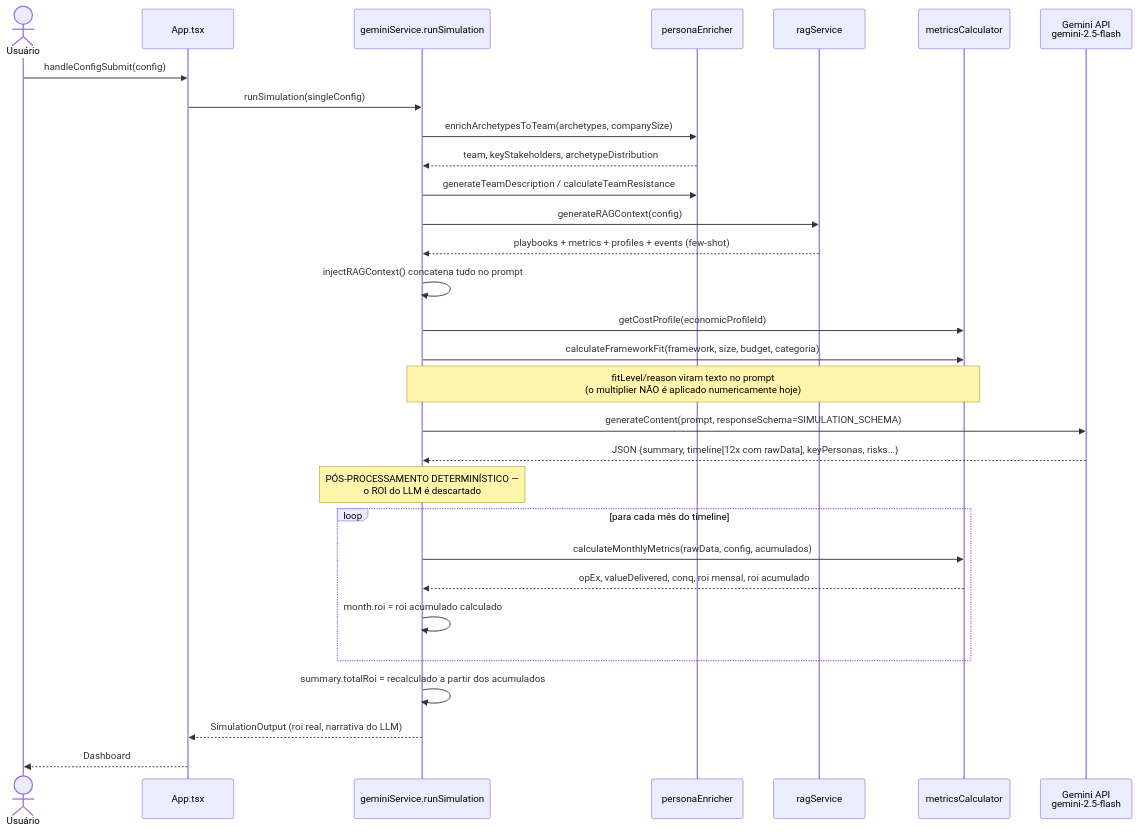
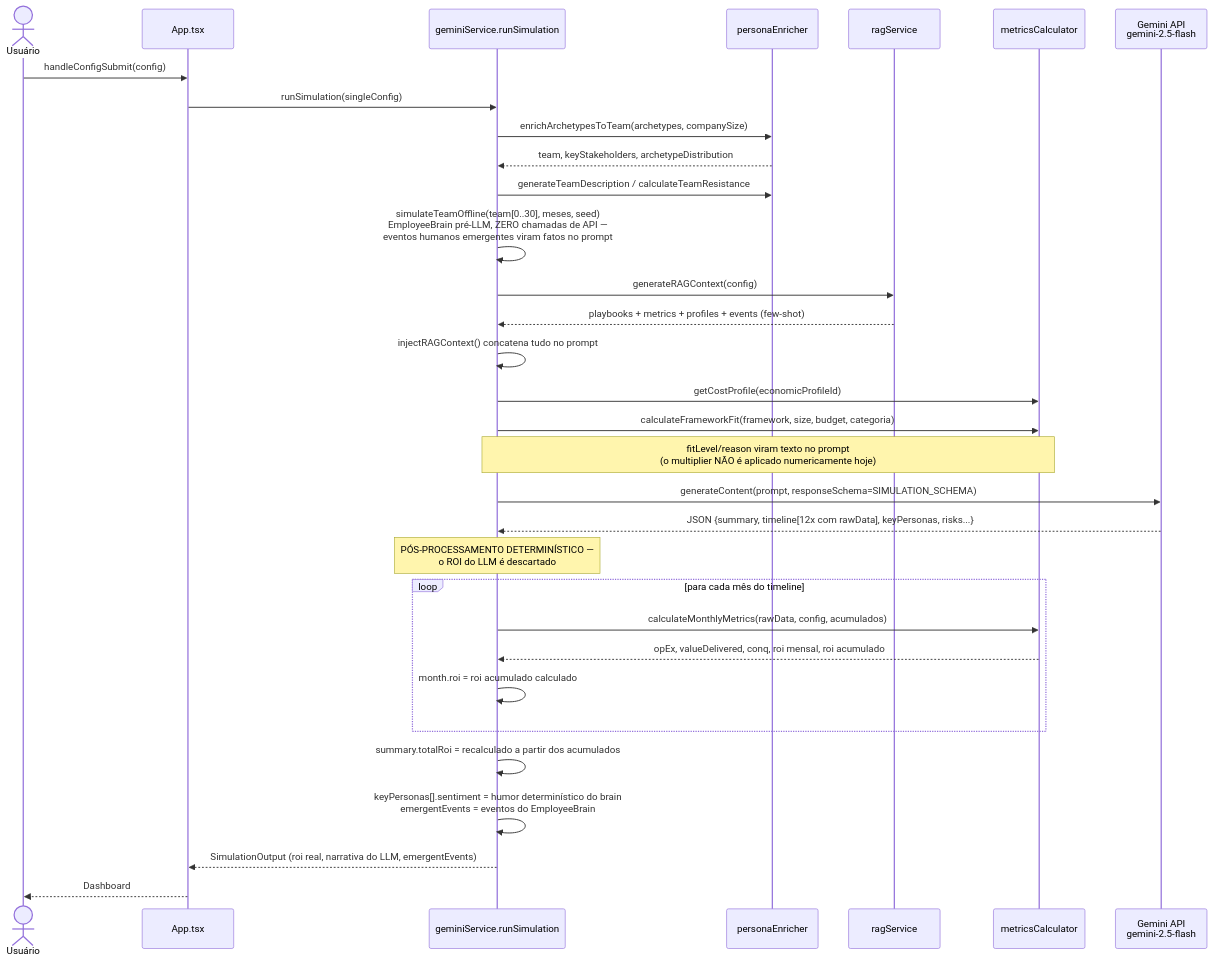
One commit to andrecodexvictor/Frame-sim changed the second of 8 diagrams in ARCHITECTURE.md. Above: the diagram before and after it, drawn with Mermaid. The commit also changed other lines of this file and 5 other files, not shown here.

First line of the commit message:
docs: reflect implemented EmployeeBrain v8 across all documentation

````diff
--- a/ARCHITECTURE.md
+++ b/ARCHITECTURE.md
@@ -72,40 +74,43 @@
 ```mermaid
 sequenceDiagram
     actor Usuário
     participant App as App.tsx
     participant Gemini as geminiService.runSimulation
     participant Enricher as personaEnricher
     participant RAG as ragService
     participant Metrics as metricsCalculator
     participant API as Gemini API<br/>gemini-2.5-flash
 
     Usuário->>App: handleConfigSubmit(config)
     App->>Gemini: runSimulation(singleConfig)
 
     Gemini->>Enricher: enrichArchetypesToTeam(archetypes, companySize)
     Enricher-->>Gemini: team, keyStakeholders, archetypeDistribution
     Gemini->>Enricher: generateTeamDescription / calculateTeamResistance
+
+    Gemini->>Gemini: simulateTeamOffline(team[0..30], meses, seed)<br/>EmployeeBrain pré-LLM, ZERO chamadas de API —<br/>eventos humanos emergentes viram fatos no prompt
 
     Gemini->>RAG: generateRAGContext(config)
     RAG-->>Gemini: playbooks + metrics + profiles + events (few-shot)
     Gemini->>Gemini: injectRAGContext() concatena tudo no prompt
 
     Gemini->>Metrics: getCostProfile(economicProfileId)
     Gemini->>Metrics: calculateFrameworkFit(framework, size, budget, categoria)
     Note over Gemini,Metrics: fitLevel/reason viram texto no prompt<br/>(o multiplier NÃO é aplicado numericamente hoje)
 
     Gemini->>API: generateContent(prompt, responseSchema=SIMULATION_SCHEMA)
     API-->>Gemini: JSON {summary, timeline[12x com rawData], keyPersonas, risks...}
 
     Note over Gemini: PÓS-PROCESSAMENTO DETERMINÍSTICO —<br/>o ROI do LLM é descartado
 
     loop para cada mês do timeline
         Gemini->>Metrics: calculateMonthlyMetrics(rawData, config, acumulados)
         Metrics-->>Gemini: opEx, valueDelivered, conq, roi mensal, roi acumulado
         Gemini->>Gemini: month.roi = roi acumulado calculado
     end
 
     Gemini->>Gemini: summary.totalRoi = recalculado a partir dos acumulados
-    Gemini-->>App: SimulationOutput (roi real, narrativa do LLM)
+    Gemini->>Gemini: keyPersonas[].sentiment = humor determinístico do brain<br/>emergentEvents = eventos do EmployeeBrain
+    Gemini-->>App: SimulationOutput (roi real, narrativa do LLM, emergentEvents)
     App-->>Usuário: Dashboard
 ```
````
